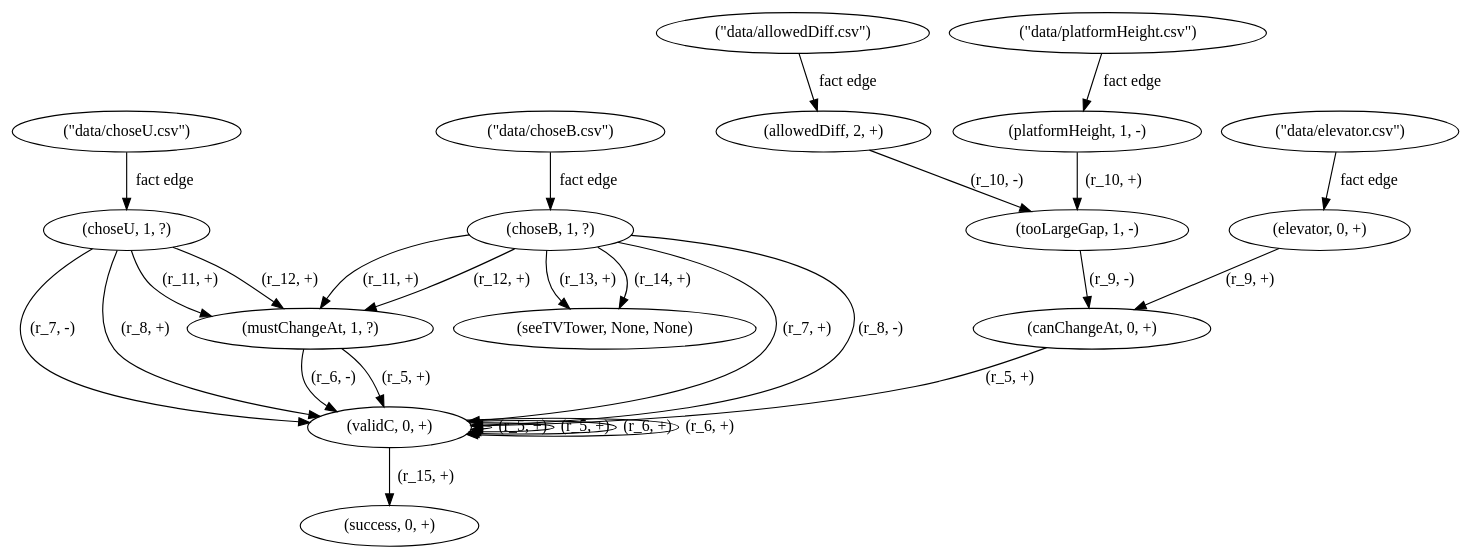
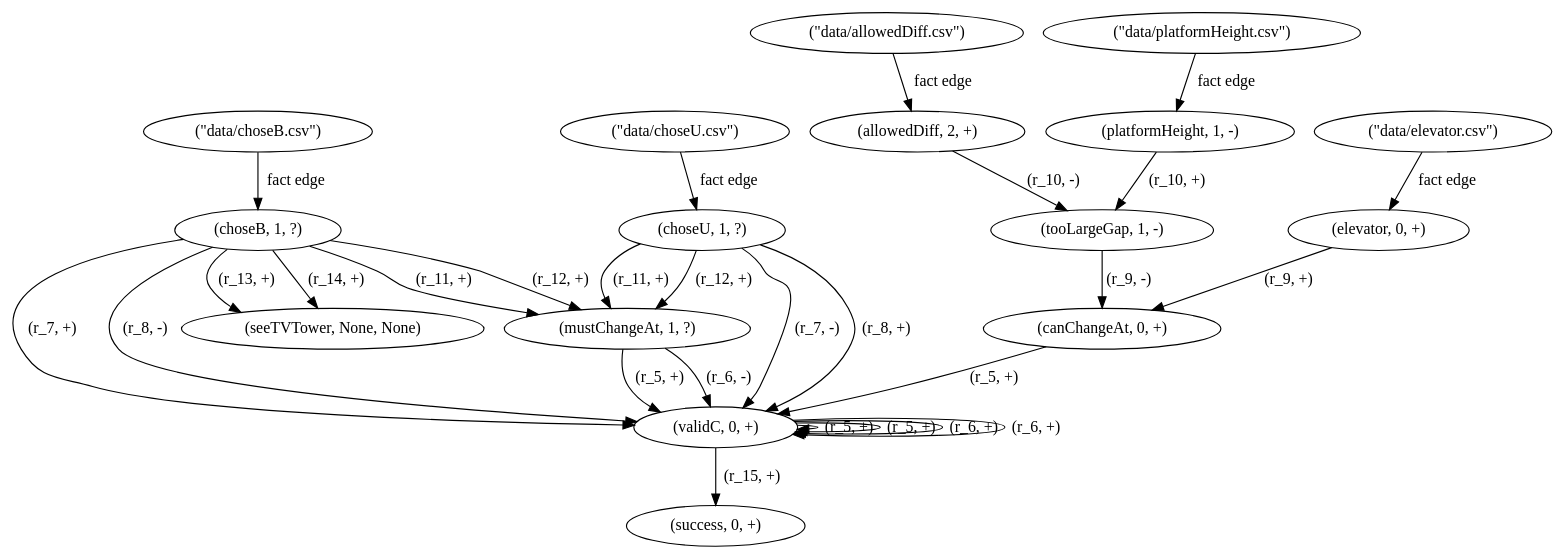
The diagram in Transformation Sequence 1/input/input_adg.dot (Leo-Aus-Berlin/nemo-metamorphic-testing), drawn with Graphviz before and after one commit. The commit also changed 7 other files, not shown here.

```diff
--- a/Transformation Sequence 1/input/input_adg.dot
+++ b/Transformation Sequence 1/input/input_adg.dot
@@ -1,45 +1,45 @@
 digraph {
-    0 [ label = "(mustChangeAt, 1, ?)" ]
+    0 [ label = "(canChangeAt, 0, +)" ]
     1 [ label = "(allowedDiff, 2, +)" ]
-    2 [ label = "(choseU, 1, ?)" ]
-    3 [ label = "(tooLargeGap, 1, -)" ]
-    4 [ label = "(elevator, 0, +)" ]
-    5 [ label = "(platformHeight, 1, -)" ]
-    6 [ label = "(canChangeAt, 0, +)" ]
-    7 [ label = "(choseB, 1, ?)" ]
-    8 [ label = "(validC, 0, +)" ]
-    9 [ label = "(seeTVTower, None, None)" ]
-    10 [ label = "(success, 0, +)" ]
+    2 [ label = "(validC, 0, +)" ]
+    3 [ label = "(choseU, 1, ?)" ]
+    4 [ label = "(tooLargeGap, 1, -)" ]
+    5 [ label = "(seeTVTower, None, None)" ]
+    6 [ label = "(mustChangeAt, 1, ?)" ]
+    7 [ label = "(elevator, 0, +)" ]
+    8 [ label = "(success, 0, +)" ]
+    9 [ label = "(choseB, 1, ?)" ]
+    10 [ label = "(platformHeight, 1, -)" ]
     11 [ label = "(\"data/choseU.csv\")" ]
     12 [ label = "(\"data/choseB.csv\")" ]
     13 [ label = "(\"data/elevator.csv\")" ]
     14 [ label = "(\"data/platformHeight.csv\")" ]
     15 [ label = "(\"data/allowedDiff.csv\")" ]
-    11 -> 2 [ label = "fact edge" ]
-    12 -> 7 [ label = "fact edge" ]
-    13 -> 4 [ label = "fact edge" ]
-    14 -> 5 [ label = "fact edge" ]
+    11 -> 3 [ label = "fact edge" ]
+    12 -> 9 [ label = "fact edge" ]
+    13 -> 7 [ label = "fact edge" ]
+    14 -> 10 [ label = "fact edge" ]
     15 -> 1 [ label = "fact edge" ]
-    8 -> 8 [ label = "(r_5, +)" ]
-    8 -> 8 [ label = "(r_5, +)" ]
-    0 -> 8 [ label = "(r_5, +)" ]
-    6 -> 8 [ label = "(r_5, +)" ]
-    8 -> 8 [ label = "(r_6, +)" ]
-    8 -> 8 [ label = "(r_6, +)" ]
-    0 -> 8 [ label = "(r_6, -)" ]
-    7 -> 8 [ label = "(r_7, +)" ]
-    2 -> 8 [ label = "(r_7, -)" ]
-    2 -> 8 [ label = "(r_8, +)" ]
-    7 -> 8 [ label = "(r_8, -)" ]
-    4 -> 6 [ label = "(r_9, +)" ]
-    3 -> 6 [ label = "(r_9, -)" ]
-    5 -> 3 [ label = "(r_10, +)" ]
-    1 -> 3 [ label = "(r_10, -)" ]
-    2 -> 0 [ label = "(r_11, +)" ]
-    7 -> 0 [ label = "(r_11, +)" ]
-    7 -> 0 [ label = "(r_12, +)" ]
-    2 -> 0 [ label = "(r_12, +)" ]
-    7 -> 9 [ label = "(r_13, +)" ]
-    7 -> 9 [ label = "(r_14, +)" ]
-    8 -> 10 [ label = "(r_15, +)" ]
+    2 -> 2 [ label = "(r_5, +)" ]
+    2 -> 2 [ label = "(r_5, +)" ]
+    6 -> 2 [ label = "(r_5, +)" ]
+    0 -> 2 [ label = "(r_5, +)" ]
+    2 -> 2 [ label = "(r_6, +)" ]
+    2 -> 2 [ label = "(r_6, +)" ]
+    6 -> 2 [ label = "(r_6, -)" ]
+    9 -> 2 [ label = "(r_7, +)" ]
+    3 -> 2 [ label = "(r_7, -)" ]
+    3 -> 2 [ label = "(r_8, +)" ]
+    9 -> 2 [ label = "(r_8, -)" ]
+    7 -> 0 [ label = "(r_9, +)" ]
+    4 -> 0 [ label = "(r_9, -)" ]
+    10 -> 4 [ label = "(r_10, +)" ]
+    1 -> 4 [ label = "(r_10, -)" ]
+    3 -> 6 [ label = "(r_11, +)" ]
+    9 -> 6 [ label = "(r_11, +)" ]
+    9 -> 6 [ label = "(r_12, +)" ]
+    3 -> 6 [ label = "(r_12, +)" ]
+    9 -> 5 [ label = "(r_13, +)" ]
+    9 -> 5 [ label = "(r_14, +)" ]
+    2 -> 8 [ label = "(r_15, +)" ]
 }
```
